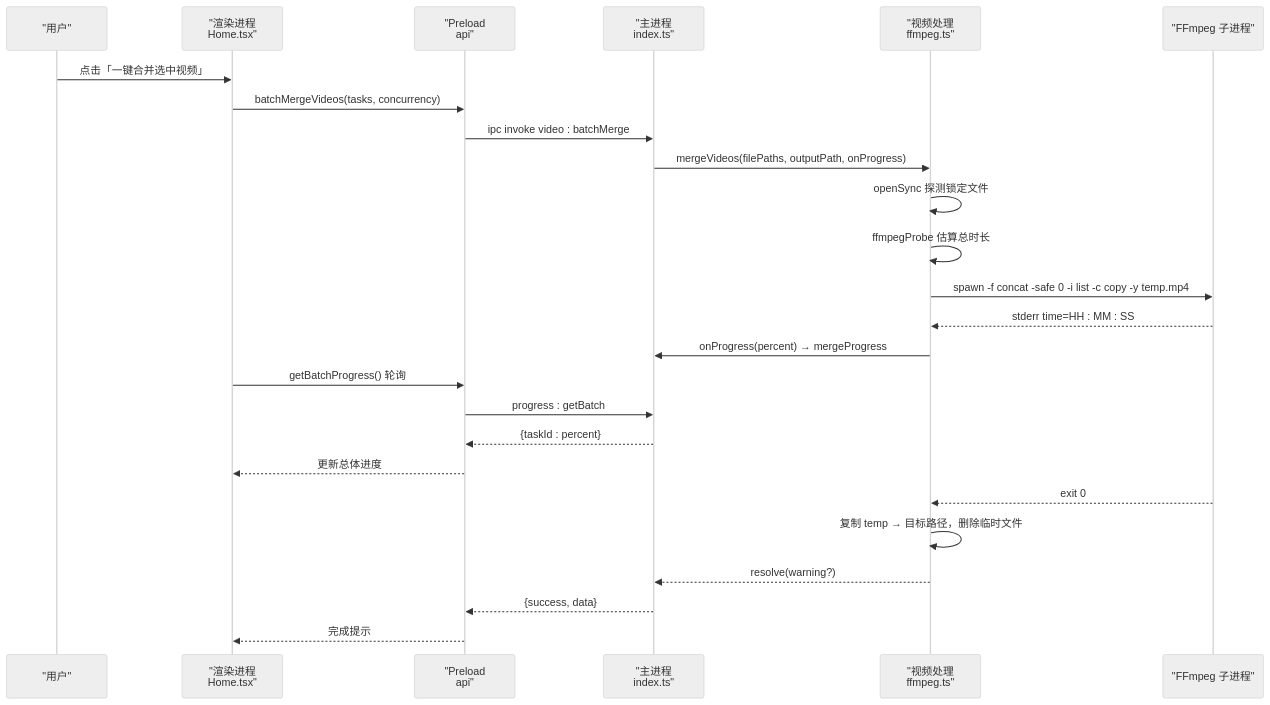
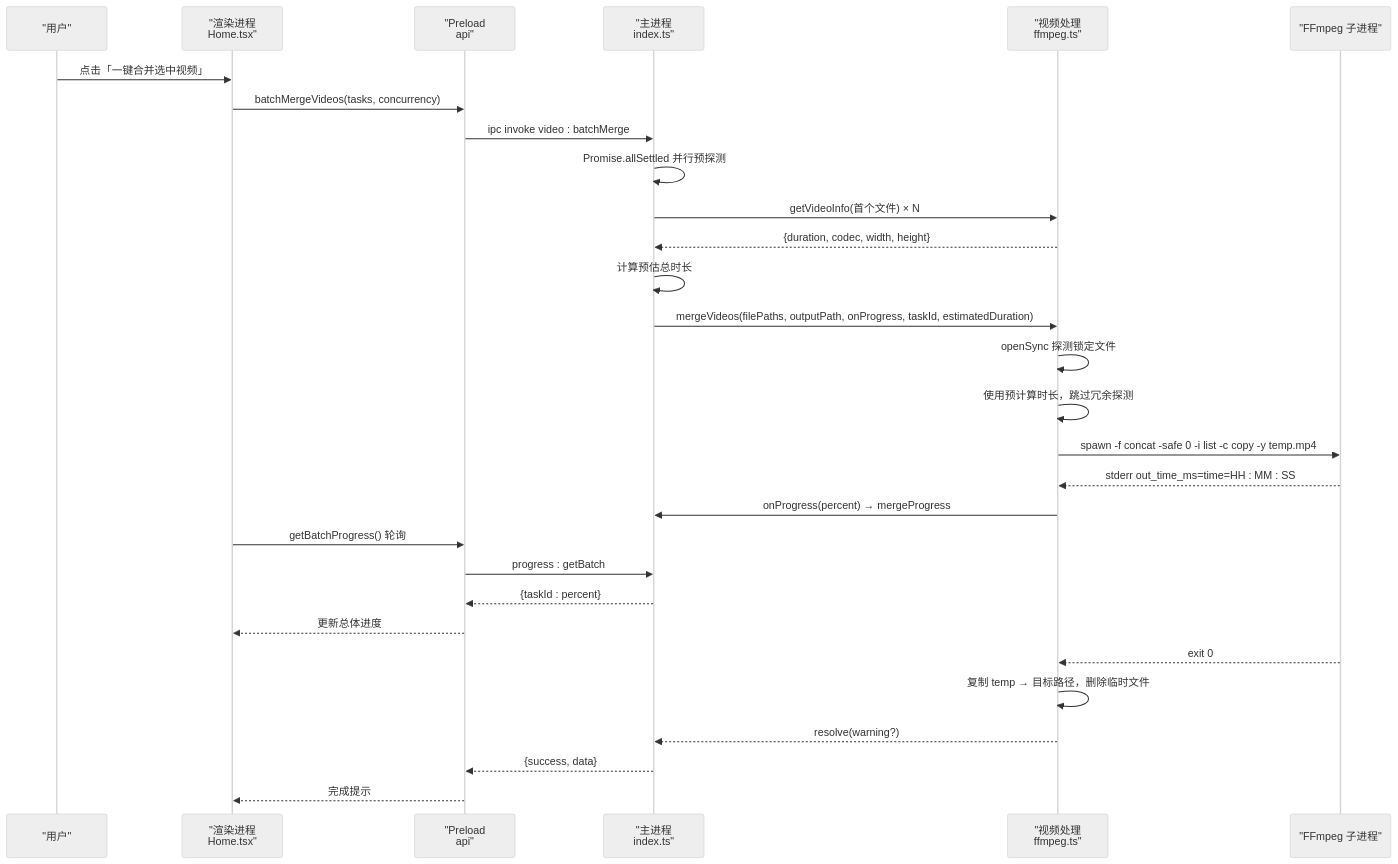
Before and after one commit to HoarfrostKimi/Video-Merger: the second of 6 diagrams in .qoder/repowiki/zh/content/架构设计/FFmpeg集成架构/视频合并处理管道.md, drawn with Mermaid (neutral theme). The commit also changed other lines of this file and 43 other files, not shown here.

````diff
--- a/.qoder/repowiki/zh/content/架构设计/FFmpeg集成架构/视频合并处理管道.md
+++ b/.qoder/repowiki/zh/content/架构设计/FFmpeg集成架构/视频合并处理管道.md
@@ -69,27 +82,31 @@
 ```mermaid
 sequenceDiagram
 participant U as "用户"
 participant H as "渲染进程<br/>Home.tsx"
 participant P as "Preload<br/>api"
 participant M as "主进程<br/>index.ts"
 participant F as "视频处理<br/>ffmpeg.ts"
 participant FF as "FFmpeg 子进程"
 U->>H : 点击「一键合并选中视频」
 H->>P : batchMergeVideos(tasks, concurrency)
 P->>M : ipc invoke video : batchMerge
-M->>F : mergeVideos(filePaths, outputPath, onProgress)
+M->>M : Promise.allSettled 并行预探测
+M->>F : getVideoInfo(首个文件) × N
+F-->>M : {duration, codec, width, height}
+M->>M : 计算预估总时长
+M->>F : mergeVideos(filePaths, outputPath, onProgress, taskId, estimatedDuration)
 F->>F : openSync 探测锁定文件
-F->>F : ffmpegProbe 估算总时长
+F->>F : 使用预计算时长，跳过冗余探测
 F->>FF : spawn -f concat -safe 0 -i list -c copy -y temp.mp4
-FF-->>F : stderr time=HH : MM : SS
+FF-->>F : stderr out_time_ms=time=HH : MM : SS
 F->>M : onProgress(percent) → mergeProgress
 H->>P : getBatchProgress() 轮询
 P->>M : progress : getBatch
 M-->>P : {taskId : percent}
 P-->>H : 更新总体进度
 FF-->>F : exit 0
 F->>F : 复制 temp → 目标路径，删除临时文件
 F-->>M : resolve(warning?)
 M-->>P : {success, data}
 P-->>H : 完成提示
 ```
````
